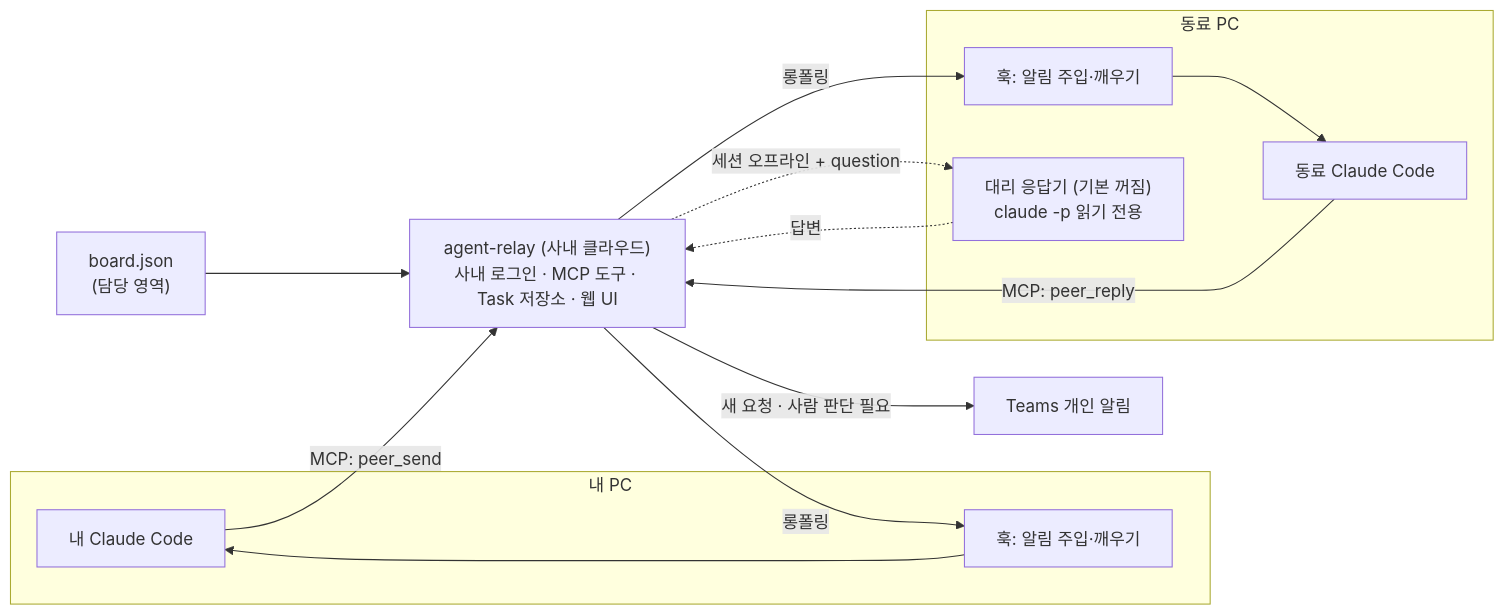
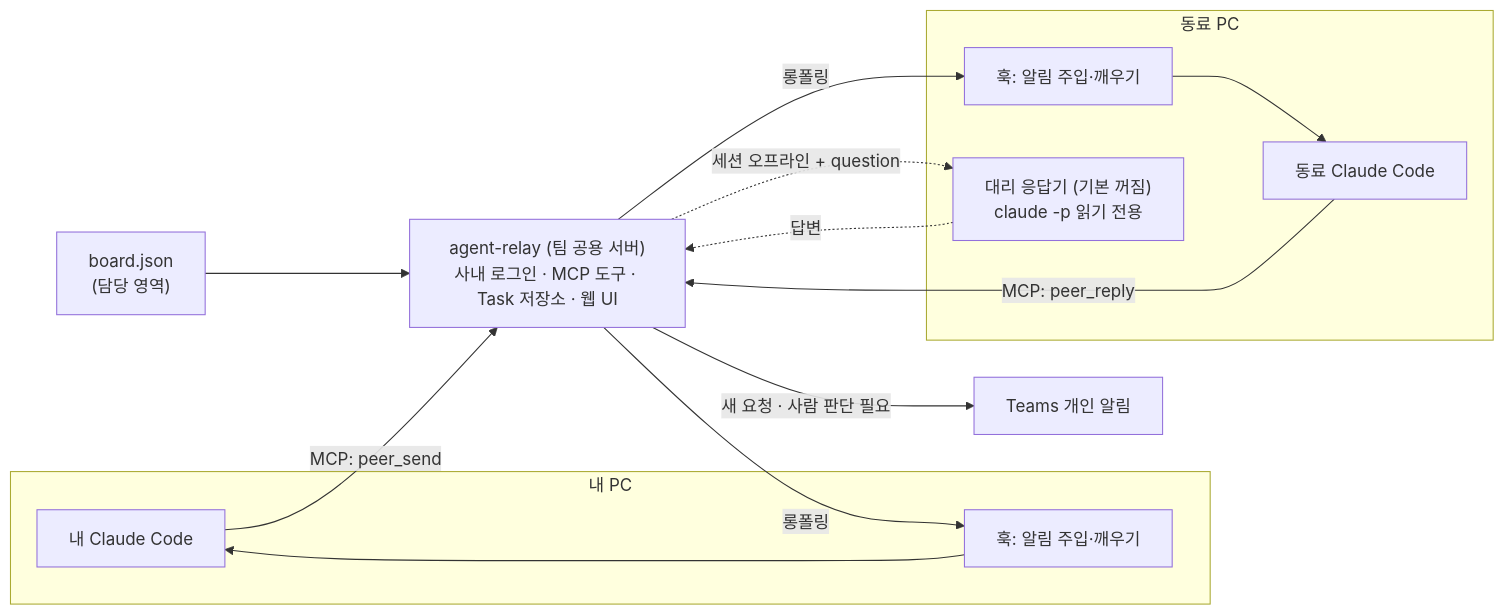
The second of 3 diagrams in docs/designs/0002-peer-agent-messaging.md (jungrok5/ai-code-collaboration-best-practices), drawn with Mermaid before and after one commit. The commit also changed other lines of this file and 2 other files, not shown here.

First line of the commit message:
docs(design): ship agent-relay from this repo under infra/

````diff
--- a/docs/designs/0002-peer-agent-messaging.md
+++ b/docs/designs/0002-peer-agent-messaging.md
@@ -39,22 +39,22 @@
 ```mermaid
 flowchart LR
   subgraph Me["내 PC"]
     AA[내 Claude Code]
     AH["훅: 알림 주입·깨우기"]
   end
   subgraph Peer["동료 PC"]
     BA[동료 Claude Code]
     BH["훅: 알림 주입·깨우기"]
     PX["대리 응답기 (기본 꺼짐)<br/>claude -p 읽기 전용"]
   end
-  R["agent-relay (사내 클라우드)<br/>사내 로그인 · MCP 도구 · Task 저장소 · 웹 UI"]
+  R["agent-relay (팀 공용 서버)<br/>사내 로그인 · MCP 도구 · Task 저장소 · 웹 UI"]
   BJ["board.json<br/>(담당 영역)"]
   T["Teams 개인 알림"]
   AA -- "MCP: peer_send" --> R
   R -- 롱폴링 --> AH --> AA
   R -- 롱폴링 --> BH --> BA
   BA -- "MCP: peer_reply" --> R
   R -. "세션 오프라인 + question" .-> PX -. 답변 .-> R
   BJ --> R
   R -- "새 요청 · 사람 판단 필요" --> T
 ```
````
